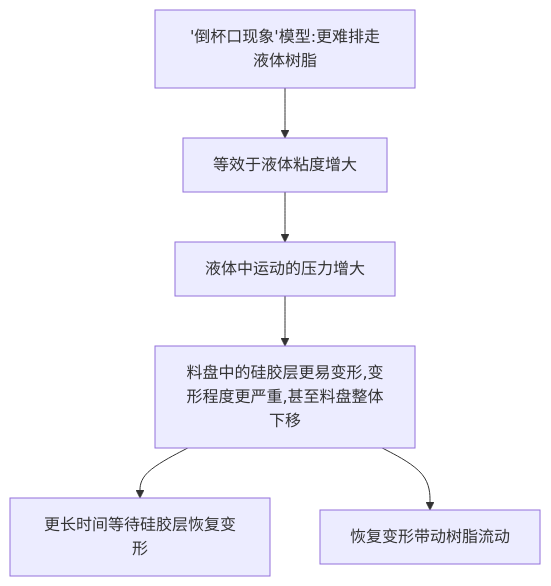
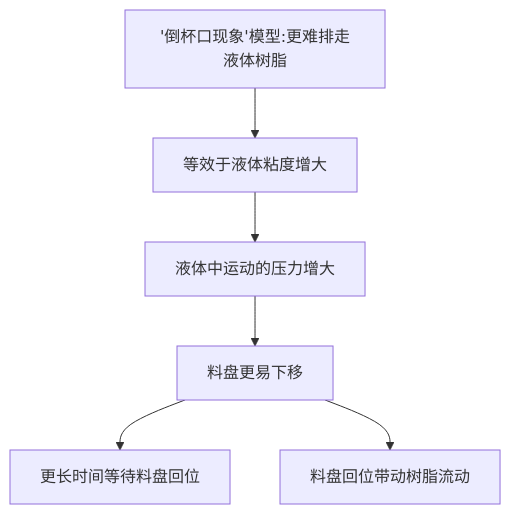
One commit to georglein123/Notiz changed the diagram in 倒杯口问题.md. Above: the diagram before and after it, drawn with Mermaid. The commit also changed other lines of this file, not shown here.

````diff
--- a/倒杯口问题.md
+++ b/倒杯口问题.md
@@ -41,10 +47,9 @@
 ```mermaid
 graph TD
 '倒杯口现象'模型:更难排走液体树脂 --> 等效于液体粘度增大
 等效于液体粘度增大 --> 液体中运动的压力增大
-液体中运动的压力增大 --> 料盘中的硅胶层更易变形,变形程度更严重,甚至料盘整体下移
-料盘中的硅胶层更易变形,变形程度更严重,甚至料盘整体下移 --> 更长时间等待硅胶层恢复变形
-料盘中的硅胶层更易变形,变形程度更严重,甚至料盘整体下移 --> 恢复变形带动树脂流动
-更长时间等待硅胶层恢复变形 
+液体中运动的压力增大 --> 料盘更易下移
+料盘更易下移 --> 更长时间等待料盘回位
+料盘更易下移 --> 料盘回位带动树脂流动 
 
 ```
````
